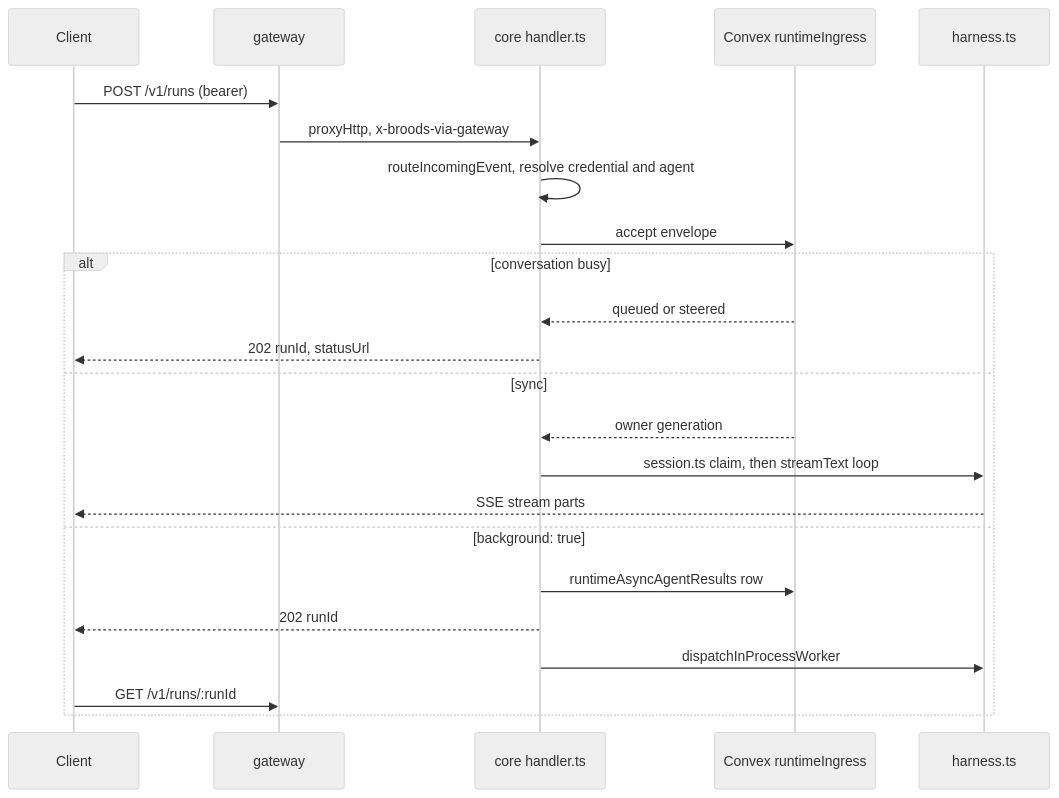
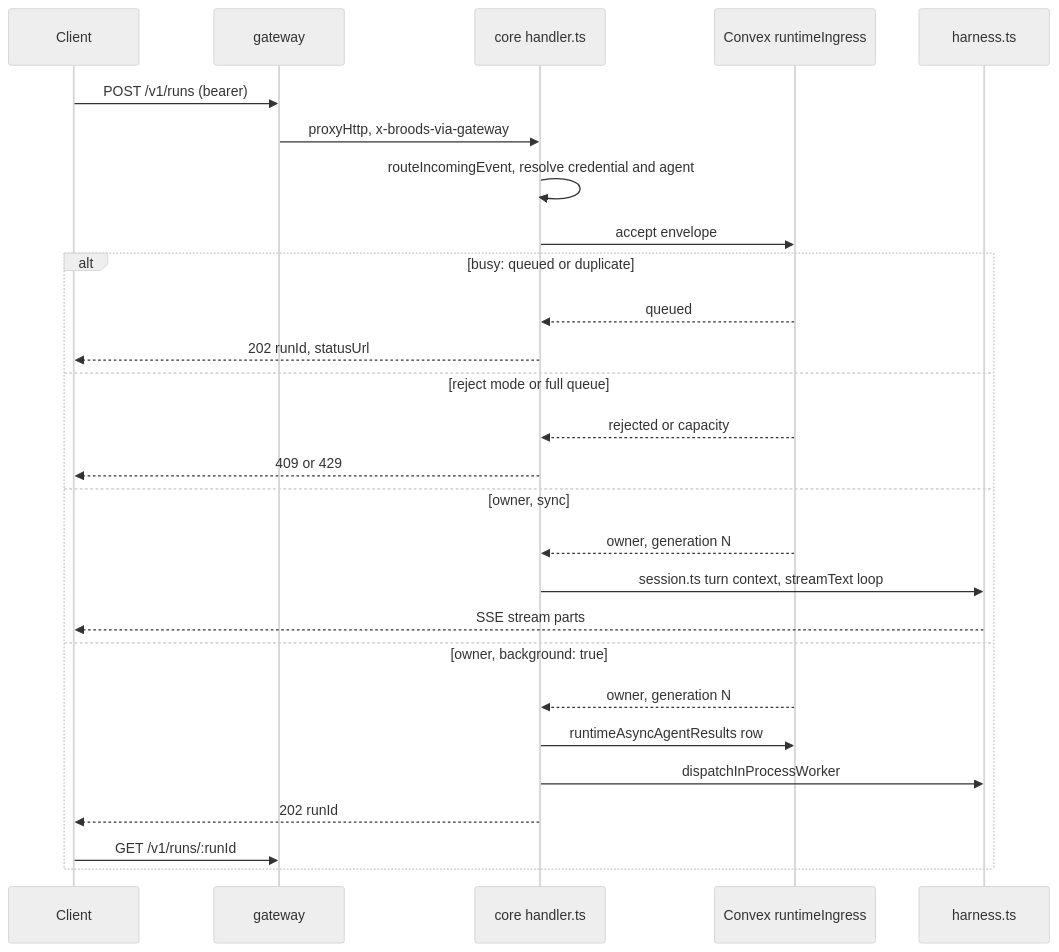
The second of 6 diagrams in apps/docs/docs/internals/architecture.md (beeblastco/broods), drawn with Mermaid (neutral theme) before and after one commit. The commit also changed other lines of this file and 8 other files, not shown here.

First line of the commit message:
docs: fix internals diagrams that disagreed with the code

````diff
--- a/apps/docs/docs/internals/architecture.md
+++ b/apps/docs/docs/internals/architecture.md
@@ -86,25 +86,29 @@
 ```mermaid
 sequenceDiagram
   participant C as Client
   participant G as gateway
   participant H as core handler.ts
   participant X as Convex runtimeIngress
   participant R as harness.ts
   C->>G: POST /v1/runs (bearer)
   G->>H: proxyHttp, x-broods-via-gateway
   H->>H: routeIncomingEvent, resolve credential and agent
   H->>X: accept envelope
-  alt conversation busy
-    X-->>H: queued or steered
+  alt busy: queued or duplicate
+    X-->>H: queued
     H-->>C: 202 runId, statusUrl
-  else sync
-    X-->>H: owner generation
-    H->>R: session.ts claim, then streamText loop
+  else reject mode or full queue
+    X-->>H: rejected or capacity
+    H-->>C: 409 or 429
+  else owner, sync
+    X-->>H: owner, generation N
+    H->>R: session.ts turn context, streamText loop
     R-->>C: SSE stream parts
-  else background: true
+  else owner, background: true
+    X-->>H: owner, generation N
     H->>X: runtimeAsyncAgentResults row
+    H->>R: dispatchInProcessWorker
     H-->>C: 202 runId
-    H->>R: dispatchInProcessWorker
     C->>G: GET /v1/runs/:runId
   end
 ```
````
